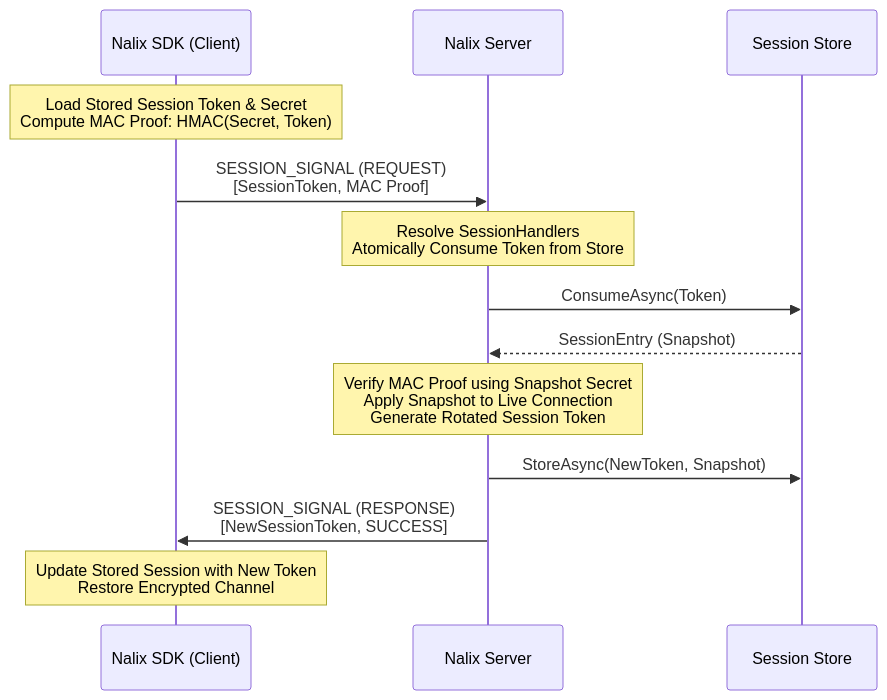
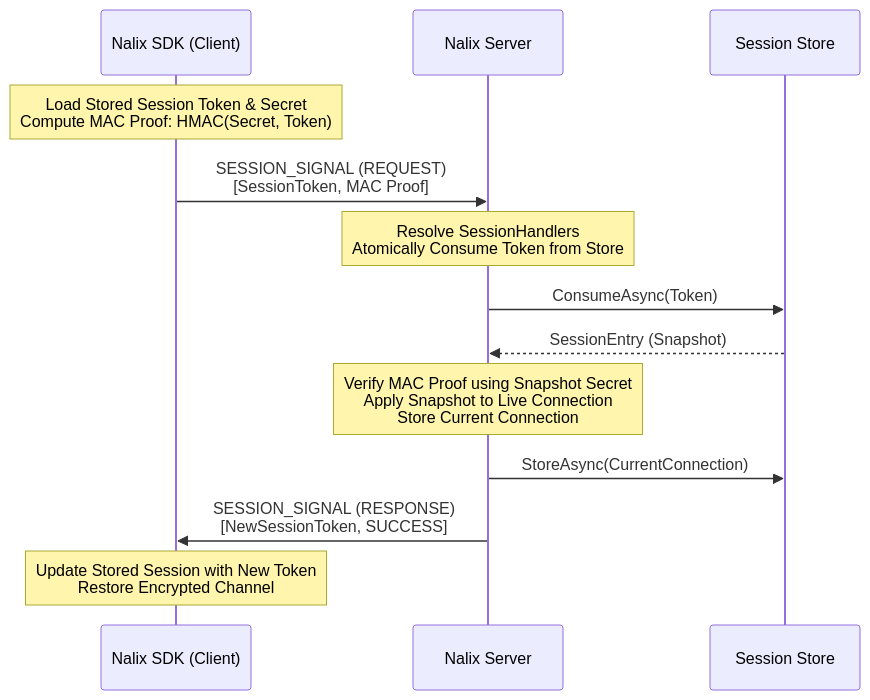
The diagram in docs/concepts/security/session-resumption.md (ppn-systems/Nalix), drawn with Mermaid before and after one commit. The commit also changed other lines of this file and 101 other files, not shown here.

````diff
--- a/docs/concepts/security/session-resumption.md
+++ b/docs/concepts/security/session-resumption.md
@@ -16,23 +23,23 @@
 ```mermaid
 sequenceDiagram
     participant SDK as Nalix SDK (Client)
     participant Srv as Nalix Server
     participant Store as Session Store
 
     Note over SDK: Load Stored Session Token & Secret<br/>Compute MAC Proof: HMAC(Secret, Token)
     
     SDK->>Srv: SESSION_SIGNAL (REQUEST)<br/>[SessionToken, MAC Proof]
     
     Note over Srv: Resolve SessionHandlers<br/>Atomically Consume Token from Store
     
     Srv->>Store: ConsumeAsync(Token)
     Store-->>Srv: SessionEntry (Snapshot)
     
-    Note over Srv: Verify MAC Proof using Snapshot Secret<br/>Apply Snapshot to Live Connection<br/>Generate Rotated Session Token
+    Note over Srv: Verify MAC Proof using Snapshot Secret<br/>Apply Snapshot to Live Connection<br/>Store Current Connection
     
-    Srv->>Store: StoreAsync(NewToken, Snapshot)
+    Srv->>Store: StoreAsync(CurrentConnection)
     
     Srv->>SDK: SESSION_SIGNAL (RESPONSE)<br/>[NewSessionToken, SUCCESS]
     
     Note over SDK: Update Stored Session with New Token<br/>Restore Encrypted Channel
 ```
````
